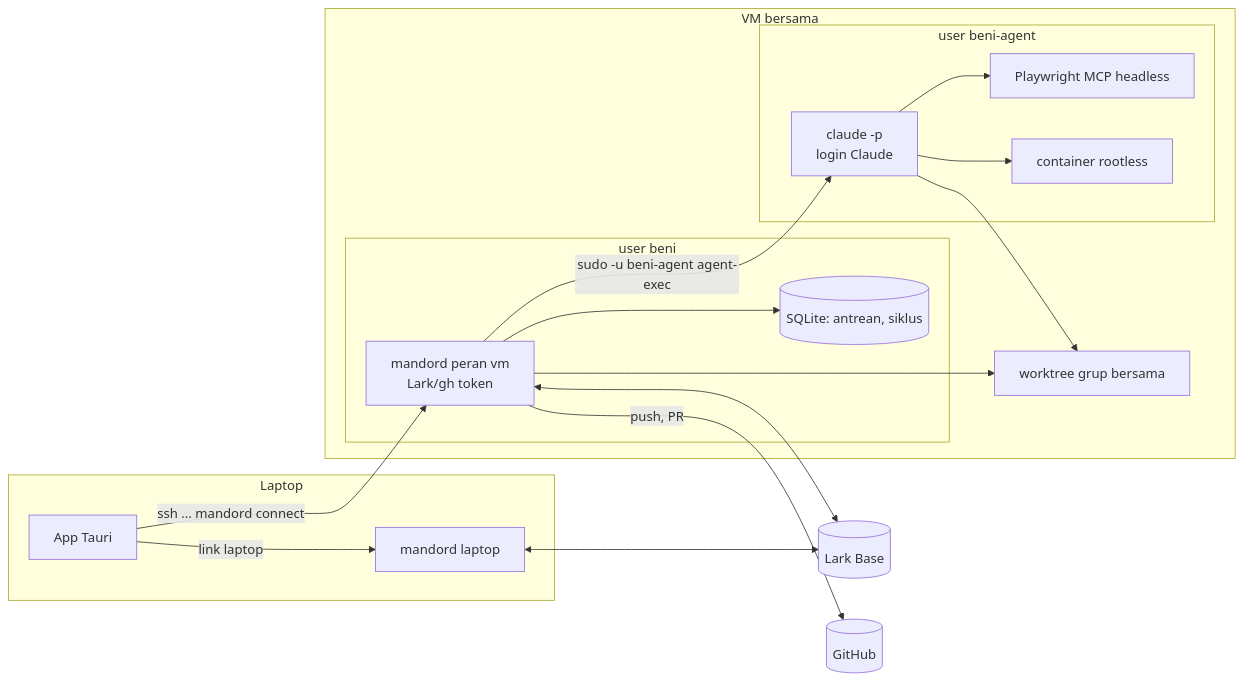
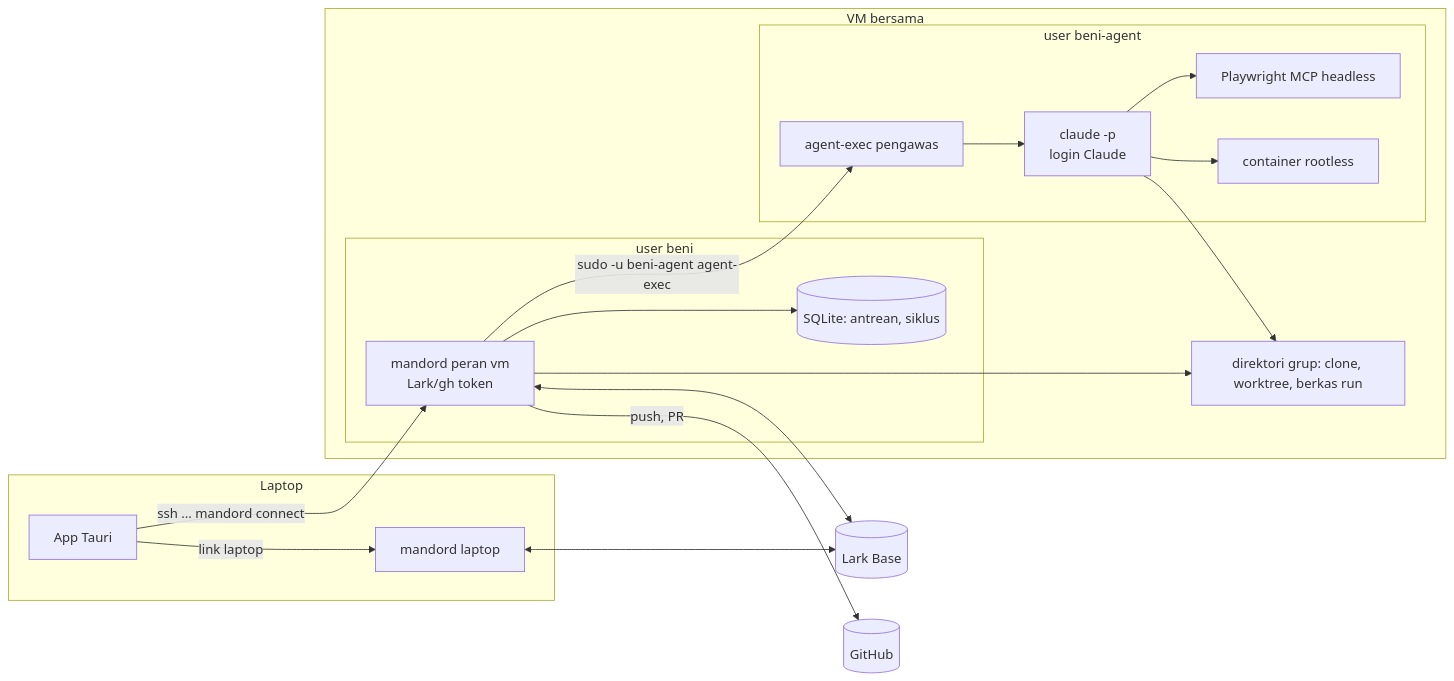
The first of 2 diagrams in docs/plans/2026-10-23-002-feat-vm-overnight-mode-plan.md (handokobeni/mandor), drawn with Mermaid before and after one commit. The commit also changed other lines of this file, not shown here.

````diff
--- a/docs/plans/2026-10-23-002-feat-vm-overnight-mode-plan.md
+++ b/docs/plans/2026-10-23-002-feat-vm-overnight-mode-plan.md
@@ -188,32 +188,33 @@
 ```mermaid
 flowchart LR
   subgraph Laptop
     APP[App Tauri]
     DL[mandord laptop]
   end
   subgraph VM bersama
     subgraph user beni
       DV[mandord peran vm<br/>Lark/gh token]
       Q[(SQLite: antrean, siklus)]
     end
     subgraph user beni-agent
+      AX[agent-exec pengawas]
       AG[claude -p<br/>login Claude]
       PW[Playwright MCP headless]
       CT[container rootless]
     end
-    WT[worktree grup bersama]
+    G[direktori grup: clone, worktree, berkas run]
   end
   LARK[(Lark Base)]
   GH[(GitHub)]
   APP -- "link laptop" --> DL
   APP -- "ssh ... mandord connect" --> DV
-  DV -- "sudo -u beni-agent agent-exec" --> AG
-  AG --> WT
-  DV --> WT
+  DV -- "sudo -u beni-agent agent-exec" --> AX --> AG
+  AG --> G
+  DV --> G
   AG --> PW
   AG --> CT
   DV --> Q
   DL <--> LARK
   DV <--> LARK
   DV -- "push, PR" --> GH
 ```
````
